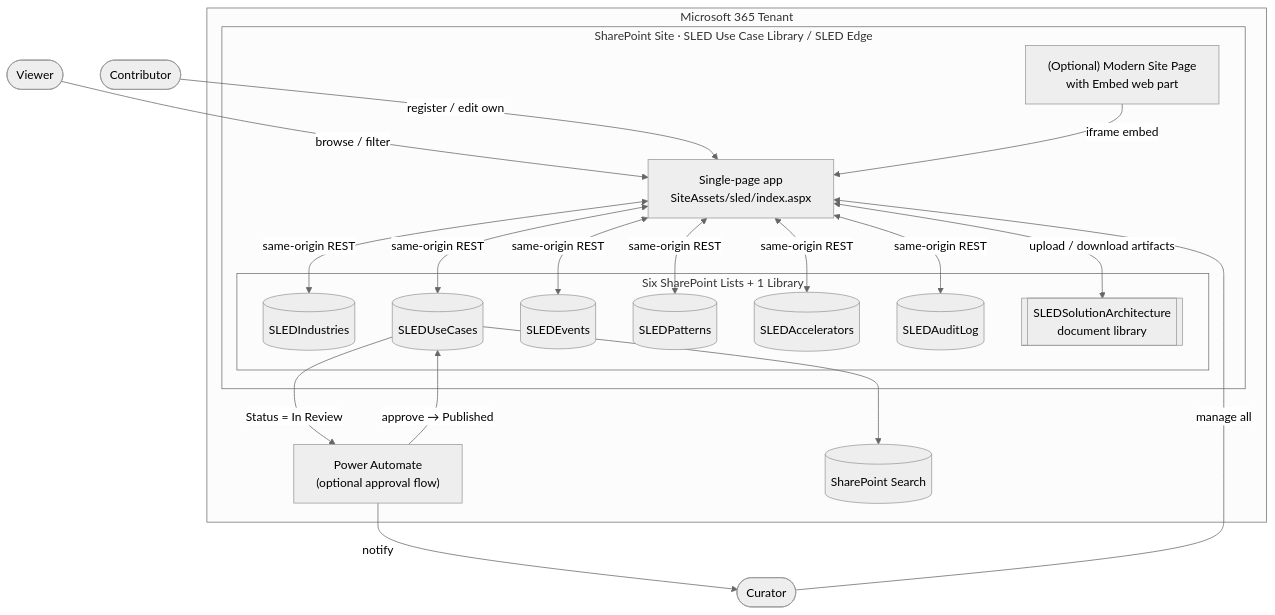
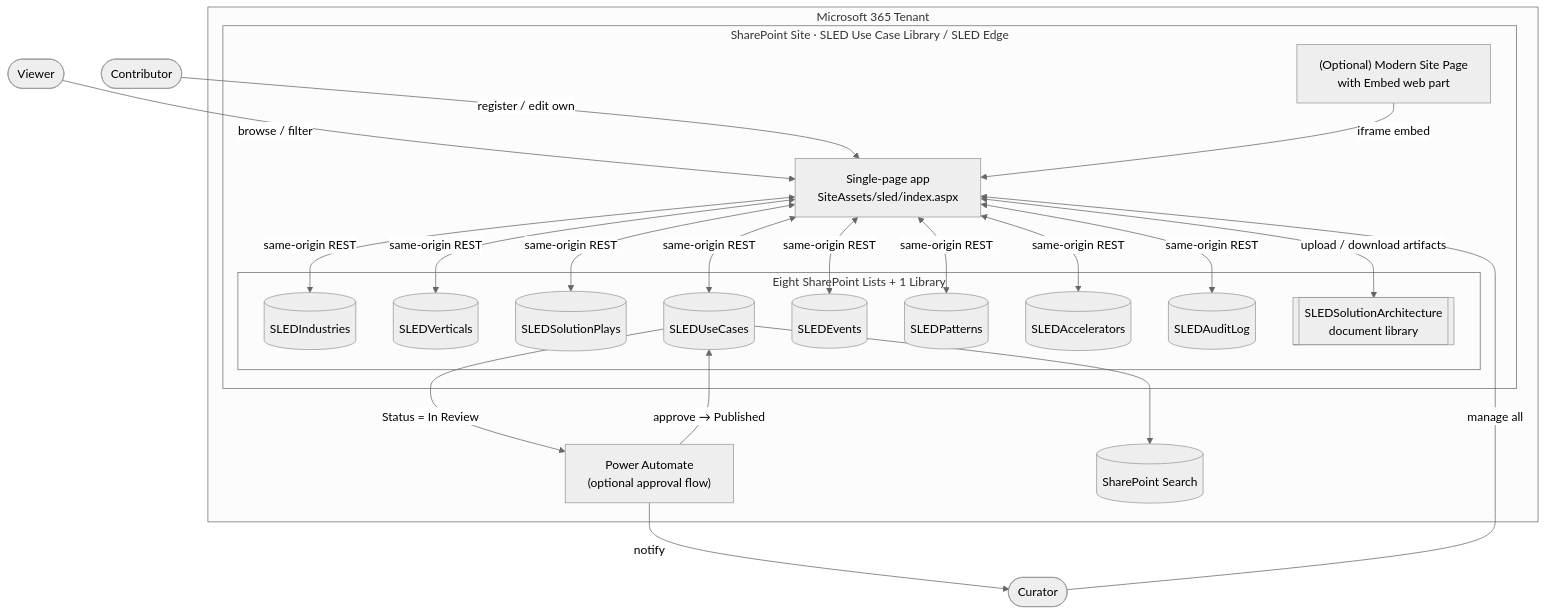
One commit to shaikhanwar/slededge changed the first of 4 diagrams in docs/FLOW-DIAGRAM.md. Above: the diagram before and after it, drawn with Mermaid (neutral theme). The commit also changed other lines of this file and 3 other files, not shown here.

````diff
--- a/docs/FLOW-DIAGRAM.md
+++ b/docs/FLOW-DIAGRAM.md
@@ -14,33 +14,35 @@
 ```mermaid
 flowchart TD
     subgraph M365[Microsoft 365 Tenant]
         subgraph Site[SharePoint Site · SLED Use Case Library / SLED Edge]
             app["Single-page app<br/>SiteAssets/sled/index.aspx"]
             page["(Optional) Modern Site Page<br/>with Embed web part"]
-            subgraph Lists[Six SharePoint Lists + 1 Library]
+            subgraph Lists[Eight SharePoint Lists + 1 Library]
                 l1[(SLEDIndustries)]
+                l7[(SLEDVerticals)]
+                l8[(SLEDSolutionPlays)]
                 l2[(SLEDUseCases)]
                 l3[(SLEDEvents)]
                 l4[(SLEDPatterns)]
                 l5[(SLEDAccelerators)]
                 l6[(SLEDAuditLog)]
                 lib[["SLEDSolutionArchitecture<br/>document library"]]
             end
         end
         flow["Power Automate<br/>(optional approval flow)"]
         search[(SharePoint Search)]
     end
 
     viewer([Viewer]) -->|browse / filter| app
     contributor([Contributor]) -->|register / edit own| app
     curator([Curator]) -->|manage all| app
 
     page -->|iframe embed| app
-    app <-->|same-origin REST| l1 & l2 & l3 & l4 & l5 & l6
+    app <-->|same-origin REST| l1 & l2 & l3 & l4 & l5 & l6 & l7 & l8
     app <-->|upload / download artifacts| lib
 
     l2 -->|Status = In Review| flow
     flow -->|approve → Published| l2
     flow -->|notify| curator
     l2 --> search
 ```
````
